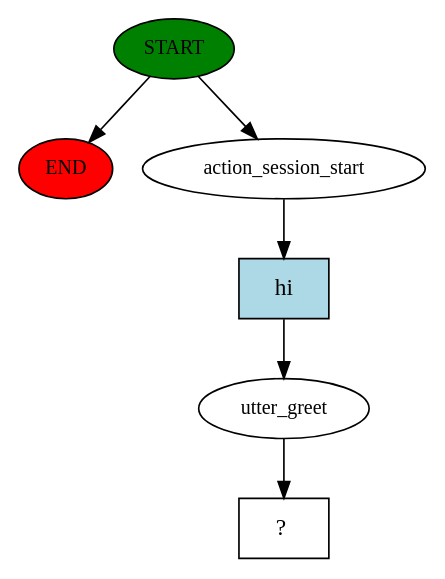
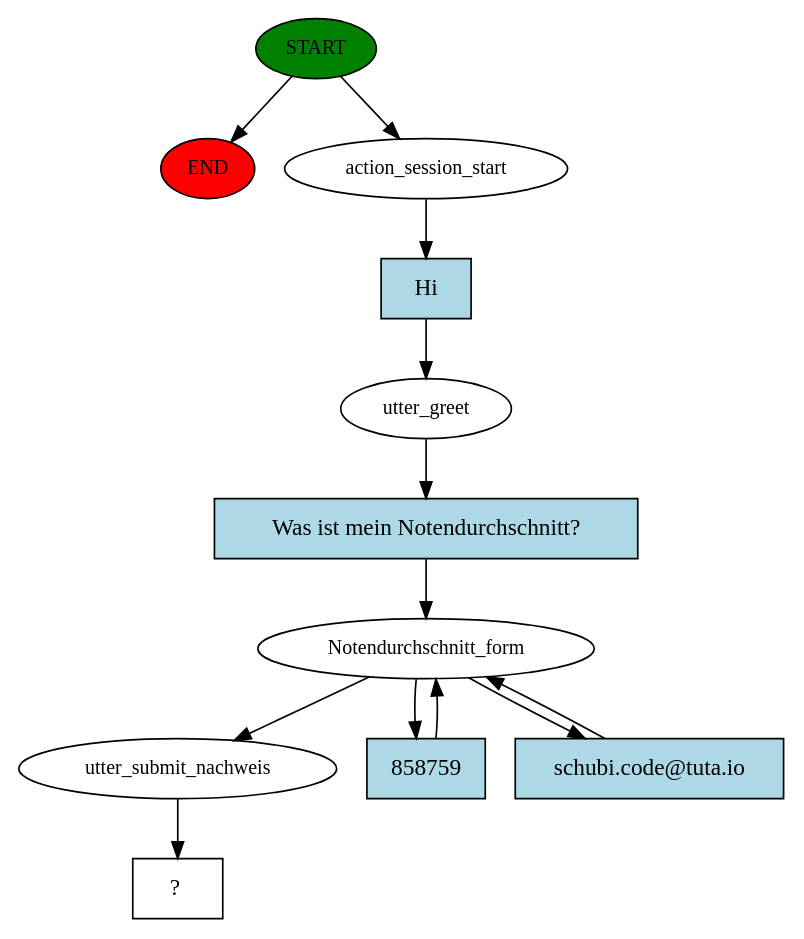
Before and after one commit to schubi-lab/quabbel_public: the diagram in story_graph.dot, drawn with Graphviz. The commit also changed 24 other files, not shown here.

```diff
--- a/story_graph.dot
+++ b/story_graph.dot
@@ -1,13 +1,25 @@
 digraph  {
 0 [class="start active", fillcolor=green, fontsize=12, label=START, style=filled];
 "-1" [class=end, fillcolor=red, fontsize=12, label=END, style=filled];
 1 [class=active, fontsize=12, label=action_session_start];
 2 [class=active, fontsize=12, label=utter_greet];
-3 [class="intent dashed active", label="  ?  ", shape=rect];
-4 [class="intent active", fillcolor=lightblue, label=hi, shape=rect, style=filled];
+3 [class=active, fontsize=12, label=Notendurchschnitt_form];
+6 [class=active, fontsize=12, label=utter_submit_nachweis];
+7 [class="intent dashed active", label="  ?  ", shape=rect];
+8 [class="intent active", fillcolor=lightblue, label=Hi, shape=rect, style=filled];
+9 [class="intent active", fillcolor=lightblue, label="Was ist mein Notendurchschnitt?", shape=rect, style=filled];
+10 [class="intent active", fillcolor=lightblue, label=858759, shape=rect, style=filled];
+11 [class="intent active", fillcolor=lightblue, label="schubi.code@tuta.io", shape=rect, style=filled];
 0 -> "-1"  [class="", key=NONE, label=""];
 0 -> 1  [class=active, key=NONE, label=""];
-1 -> 4  [class=active, key=0];
-2 -> 3  [class=active, key=NONE, label=""];
-4 -> 2  [class=active, key=0];
+1 -> 8  [class=active, key=0];
+2 -> 9  [class=active, key=0];
+3 -> 6  [class=active, key=NONE, label=""];
+3 -> 10  [class=active, key=0];
+3 -> 11  [class=active, key=0];
+6 -> 7  [class=active, key=NONE, label=""];
+8 -> 2  [class=active, key=0];
+9 -> 3  [class=active, key=0];
+10 -> 3  [class=active, key=0];
+11 -> 3  [class=active, key=0];
 }
```
